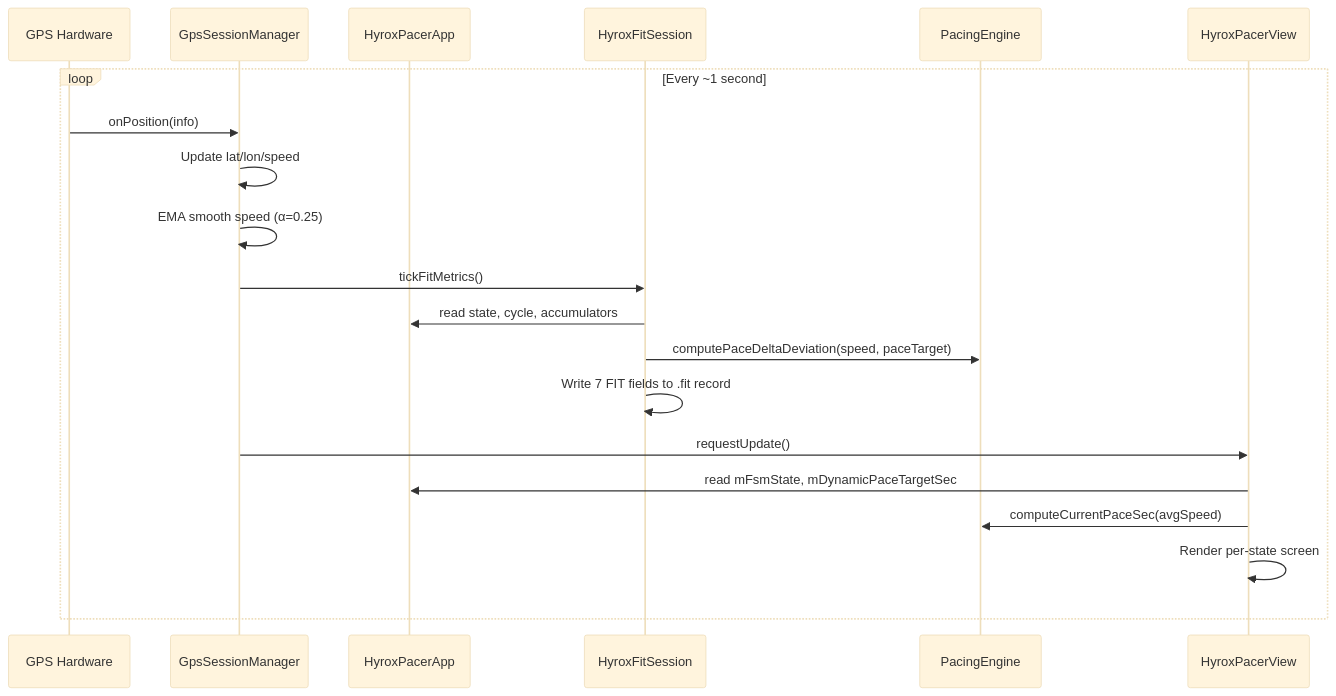
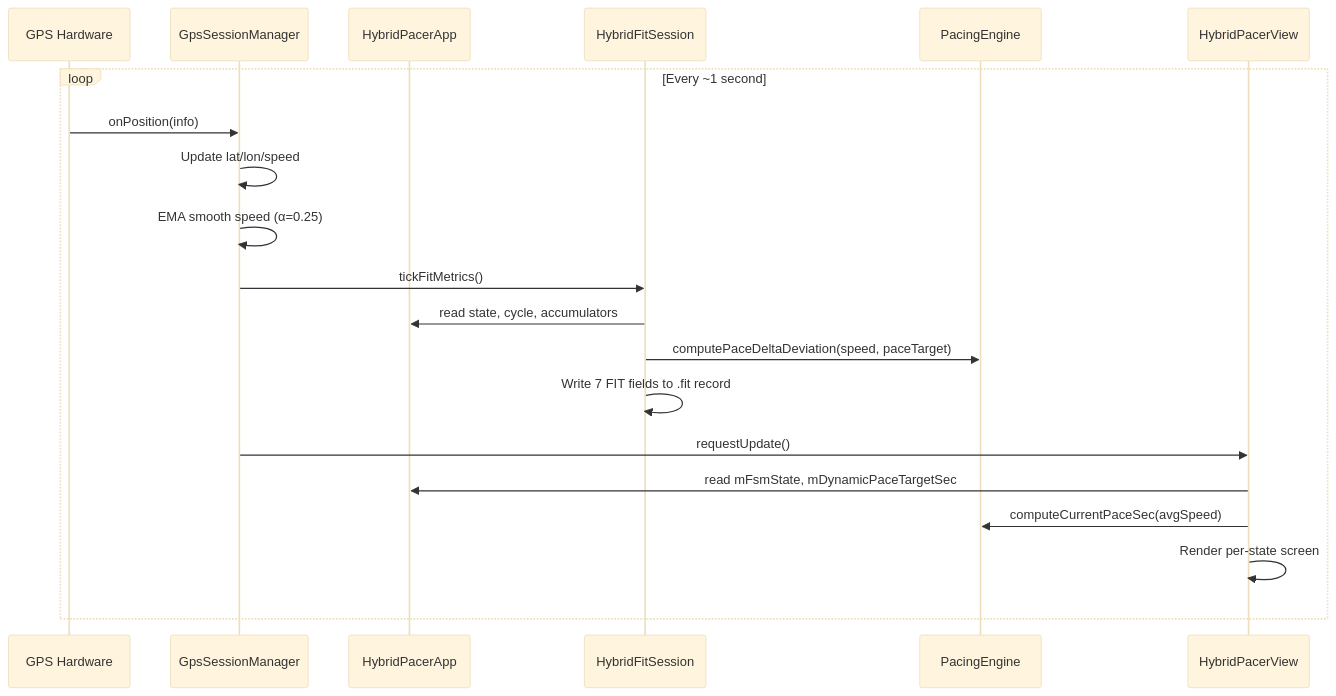
The third of 3 diagrams in README.md (SoyTiyi/HybridPacer), drawn with Mermaid (base theme) before and after one commit. The commit also changed other lines of this file and 44 other files, not shown here.

First line of the commit message:
Rebrand HYROX -> HybridPacer to remove trademark references

````diff
--- a/README.md
+++ b/README.md
@@ -194,23 +194,23 @@
 ```mermaid
 sequenceDiagram
     participant GPS as GPS Hardware
     participant GSM as GpsSessionManager
-    participant APP as HyroxPacerApp
-    participant FIT as HyroxFitSession
+    participant APP as HybridPacerApp
+    participant FIT as HybridFitSession
     participant PAC as PacingEngine
-    participant VIEW as HyroxPacerView
+    participant VIEW as HybridPacerView
 
     loop Every ~1 second
         GPS->>GSM: onPosition(info)
         GSM->>GSM: Update lat/lon/speed
         GSM->>GSM: EMA smooth speed (α=0.25)
         GSM->>FIT: tickFitMetrics()
         FIT->>APP: read state, cycle, accumulators
         FIT->>PAC: computePaceDeltaDeviation(speed, paceTarget)
         FIT->>FIT: Write 7 FIT fields to .fit record
         GSM->>VIEW: requestUpdate()
         VIEW->>APP: read mFsmState, mDynamicPaceTargetSec
         VIEW->>PAC: computeCurrentPaceSec(avgSpeed)
         VIEW->>VIEW: Render per-state screen
     end
 ```
````
